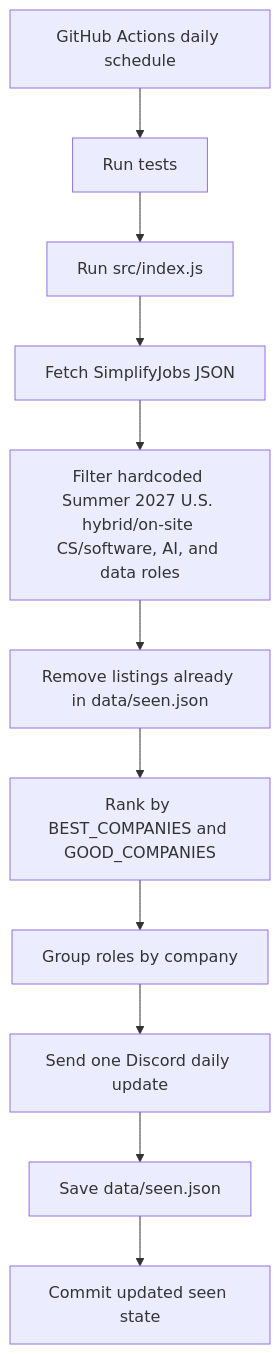
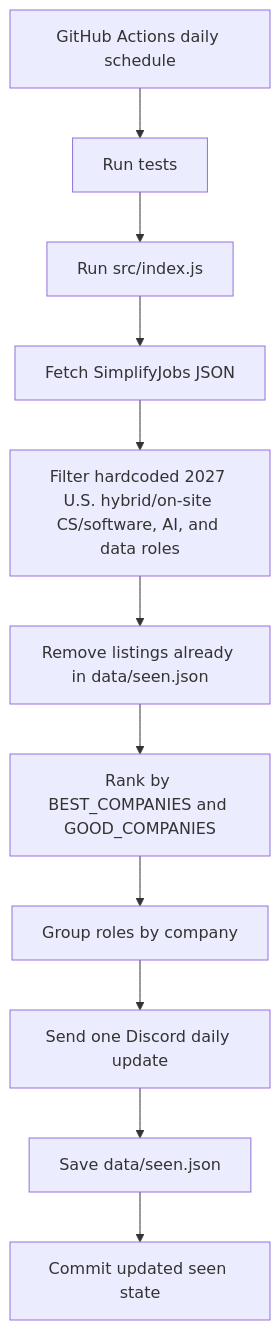
One commit to SloppyBobbert/ACM-discord-internship-bot changed the diagram in README.md. Above: the diagram before and after it, drawn with Mermaid. The commit also changed other lines of this file and 2 other files, not shown here.

````diff
--- a/README.md
+++ b/README.md
@@ -117,13 +110,13 @@
 ```mermaid
 flowchart TD
   A[GitHub Actions daily schedule] --> B[Run tests]
   B --> C[Run src/index.js]
   C --> D[Fetch SimplifyJobs JSON]
-  D --> E[Filter hardcoded Summer 2027 U.S. hybrid/on-site CS/software, AI, and data roles]
+  D --> E[Filter hardcoded 2027 U.S. hybrid/on-site CS/software, AI, and data roles]
   E --> F[Remove listings already in data/seen.json]
   F --> G[Rank by BEST_COMPANIES and GOOD_COMPANIES]
   G --> H[Group roles by company]
   H --> I[Send one Discord daily update]
   I --> J[Save data/seen.json]
   J --> K[Commit updated seen state]
 ```
````
